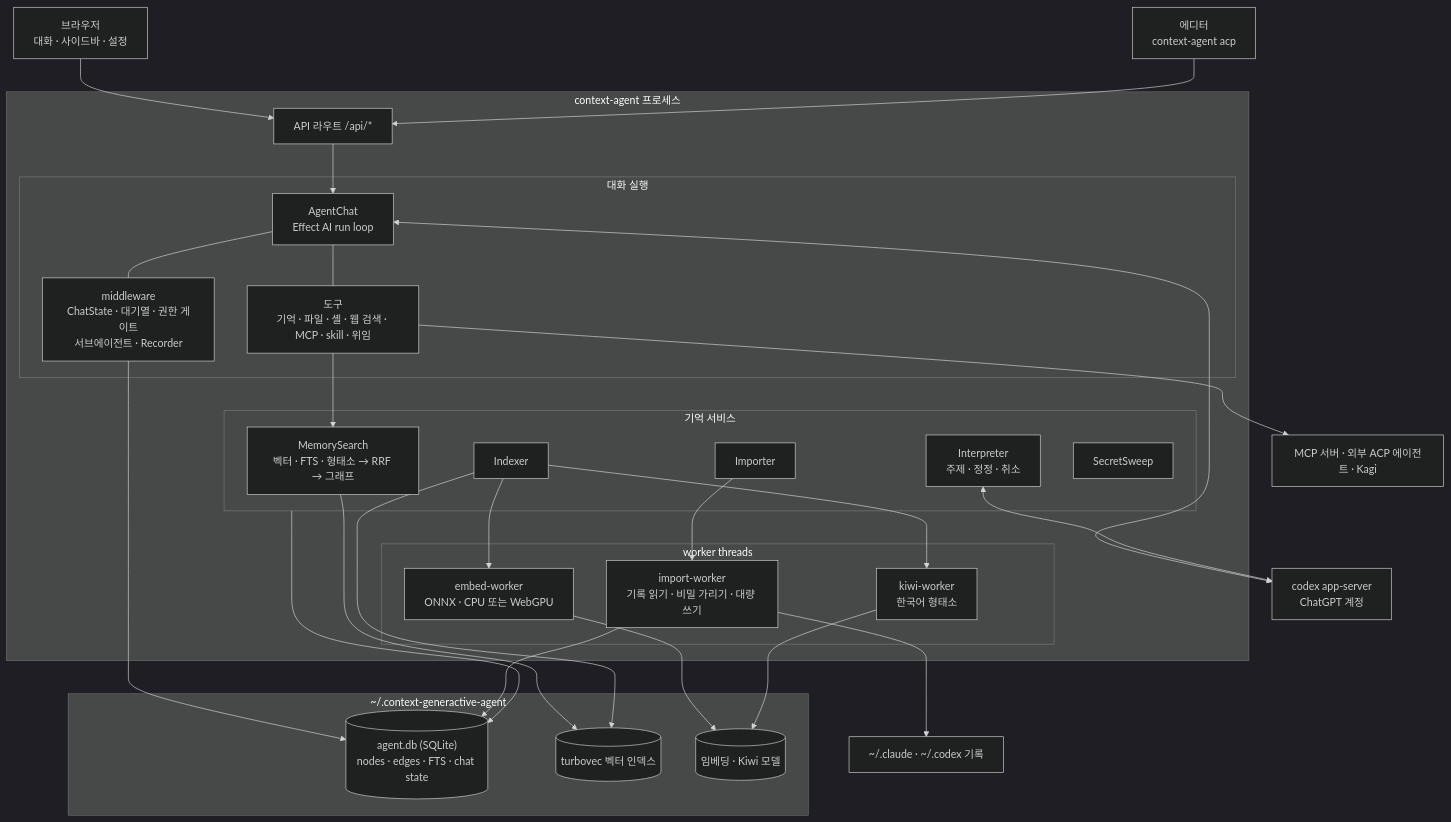
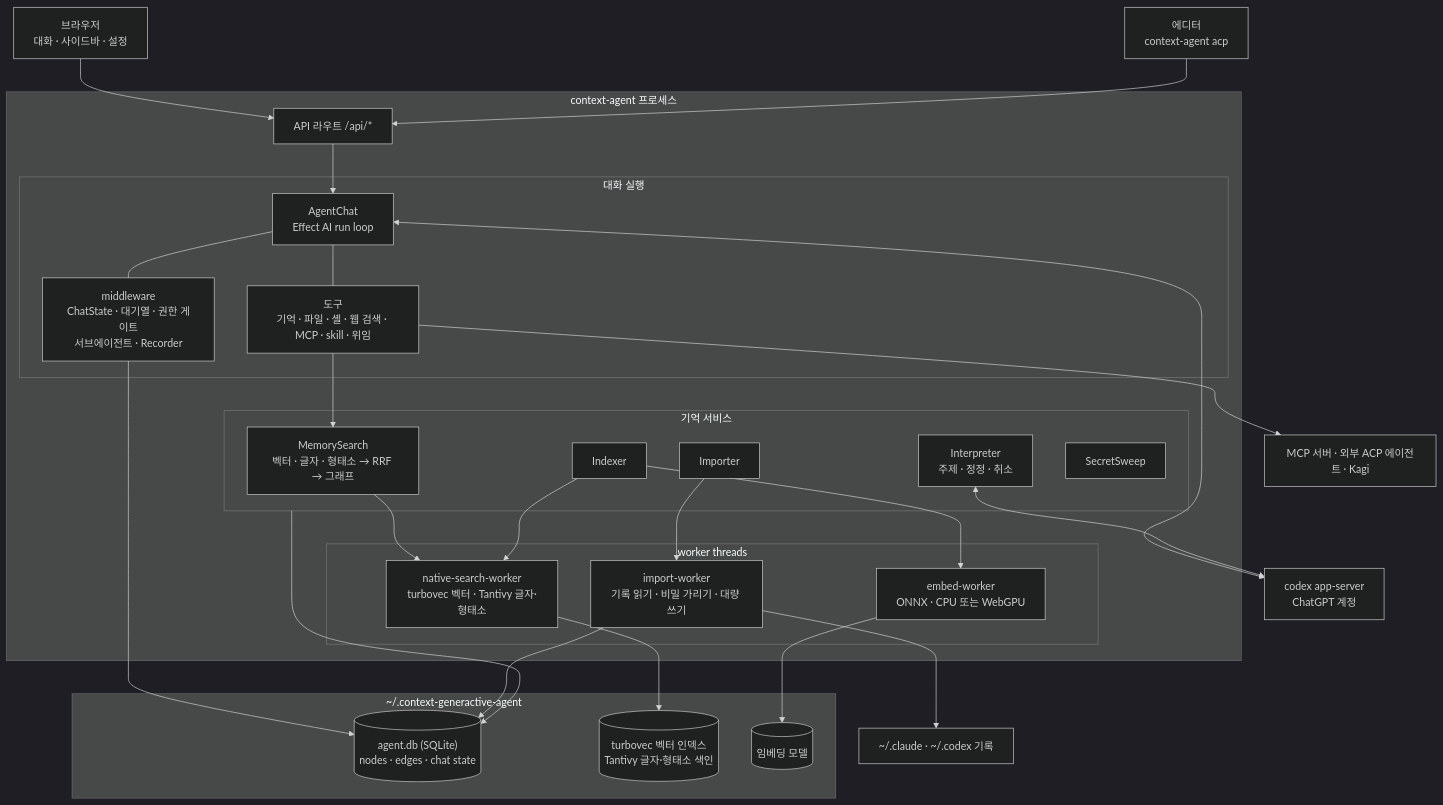
One commit to CreeJee/context-generactive-ai-agent changed the first of 3 diagrams in README.md. Above: the diagram before and after it, drawn with Mermaid (dark theme). The commit also changed other lines of this file and 61 other files, not shown here.

First line of the commit message:
refactor(memory-agent): Kiwi 형태소 분석과 FTS5 테이블을 걷어낸다

````diff
--- a/README.md
+++ b/README.md
@@ -57,58 +57,57 @@
 ```mermaid
 flowchart TB
   Web["브라우저<br/>대화 · 사이드바 · 설정"] --> Routes
   Editor["에디터<br/>context-agent acp"] --> Routes
 
   subgraph App["context-agent 프로세스"]
     Routes["API 라우트 /api/*"] --> Chat
 
     subgraph Run["대화 실행"]
       Chat["AgentChat<br/>Effect AI run loop"]
       MW["middleware<br/>ChatState · 대기열 · 권한 게이트<br/>서브에이전트 · Recorder"]
       Tools["도구<br/>기억 · 파일 · 셸 · 웹 검색 · MCP · skill · 위임"]
       Chat --- MW
       Chat --- Tools
     end
 
     subgraph Memory["기억 서비스"]
-      Search["MemorySearch<br/>벡터 · FTS · 형태소 → RRF → 그래프"]
+      Search["MemorySearch<br/>벡터 · 글자 · 형태소 → RRF → 그래프"]
       Indexer["Indexer"]
       Interp["Interpreter<br/>주제 · 정정 · 취소"]
       Importer["Importer"]
       Sweep["SecretSweep"]
     end
 
     subgraph Workers["worker threads"]
       Embed["embed-worker<br/>ONNX · CPU 또는 WebGPU"]
-      Kiwi["kiwi-worker<br/>한국어 형태소"]
+      Native["native-search-worker<br/>turbovec 벡터 · Tantivy 글자·형태소"]
       ImportW["import-worker<br/>기록 읽기 · 비밀 가리기 · 대량 쓰기"]
     end
 
     Tools --> Search
+    Search --> Native
     Indexer --> Embed
-    Indexer --> Kiwi
+    Indexer --> Native
     Importer --> ImportW
   end
 
   Codex["codex app-server<br/>ChatGPT 계정"]
   External["MCP 서버 · 외부 ACP 에이전트 · Kagi"]
   Transcripts["~/.claude · ~/.codex 기록"]
 
   subgraph Storage["~/.context-generactive-agent"]
-    DB[("agent.db (SQLite)<br/>nodes · edges · FTS · chat state")]
-    Vec[("turbovec 벡터 인덱스")]
-    Models[("임베딩 · Kiwi 모델")]
+    DB[("agent.db (SQLite)<br/>nodes · edges · chat state")]
+    Vec[("turbovec 벡터 인덱스<br/>Tantivy 글자·형태소 색인")]
+    Models[("임베딩 모델")]
   end
 
   Chat <--> Codex
   Interp <--> Codex
   Tools --> External
   ImportW --> Transcripts
   MW --> DB
   Memory --> DB
-  Search --> Vec
-  Indexer --> Vec
+  Native --> Vec
   ImportW --> DB
   Embed --> Models
-  Kiwi --> Models
 ```
````
